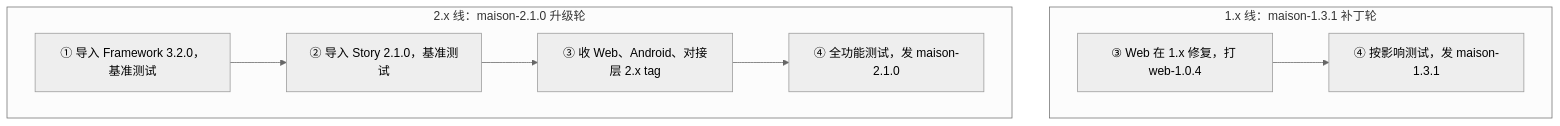
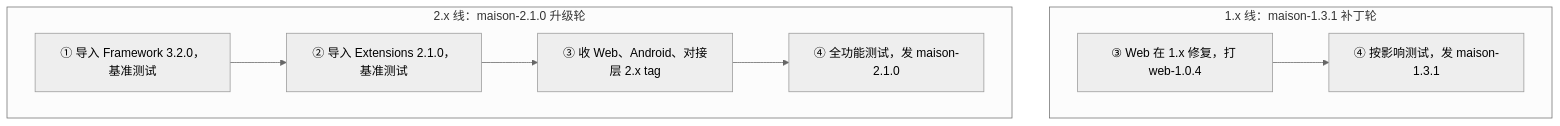
One commit to sqsqsq/SimulatedWalletForHmos changed the third of 3 diagrams in doc/project/2026-10-20-Maison共建讨论/08-Maison共建方案：谁做什么、东西怎么流转、怎么发版.md. Above: the diagram before and after it, drawn with Mermaid (neutral theme). The commit also changed other lines of this file and 2 other files, not shown here.

Commit message:
docs: Maison 共建 08 整体重写——部件统称 Extensions（发布仓与发行包目录 extensions/，对接层仓 maison-adapters；/story adapt 与 story-1.0/story 分支保留真实名）；按 总览→人→约束→部件与版本线→仓库→发布物与安装→四步→并行→其他场景→外网配合→首批→未决 重排，安装只在 §6.4、外网配合只在 §10，删去多轮叠加的重复与过时说法；§13 收为用户纠正、被更正判断、事实、07 取舍、场景覆盖五表

````diff
--- a/doc/project/2026-10-20-Maison共建讨论/08-Maison共建方案：谁做什么、东西怎么流转、怎么发版.md
+++ b/doc/project/2026-10-20-Maison共建讨论/08-Maison共建方案：谁做什么、东西怎么流转、怎么发版.md
@@ -345,9 +368,9 @@
 ```mermaid
 flowchart TB
     subgraph L1["1.x 线：maison-1.3.1 补丁轮"]
         A3["③ Web 在 1.x 修复，打 web-1.0.4"] --> A4["④ 按影响测试，发 maison-1.3.1"]
     end
     subgraph L2["2.x 线：maison-2.1.0 升级轮"]
-        B1["① 导入 Framework 3.2.0，基准测试"] --> B2["② 导入 Story 2.1.0，基准测试"] --> B3["③ 收 Web、Android、对接层 2.x tag"] --> B4["④ 全功能测试，发 maison-2.1.0"]
+        B1["① 导入 Framework 3.2.0，基准测试"] --> B2["② 导入 Extensions 2.1.0，基准测试"] --> B3["③ 收 Web、Android、对接层 2.x tag"] --> B4["④ 全功能测试，发 maison-2.1.0"]
     end
 ```
````
